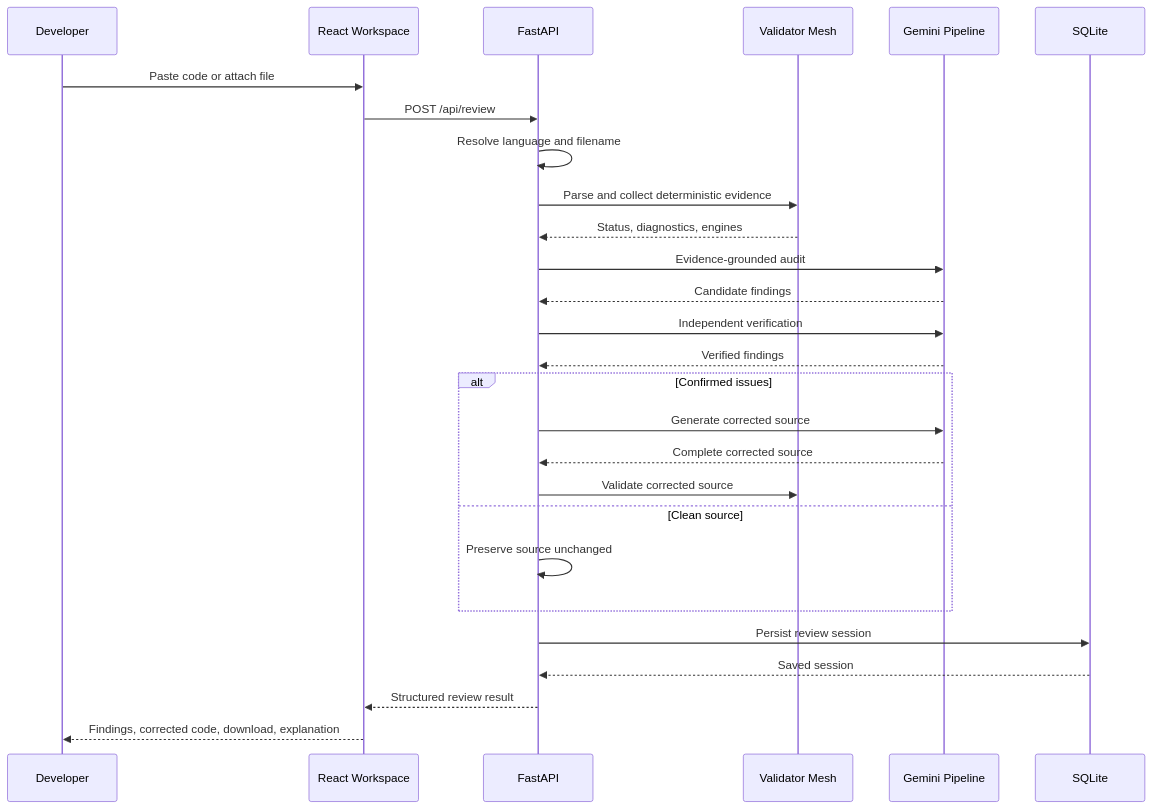
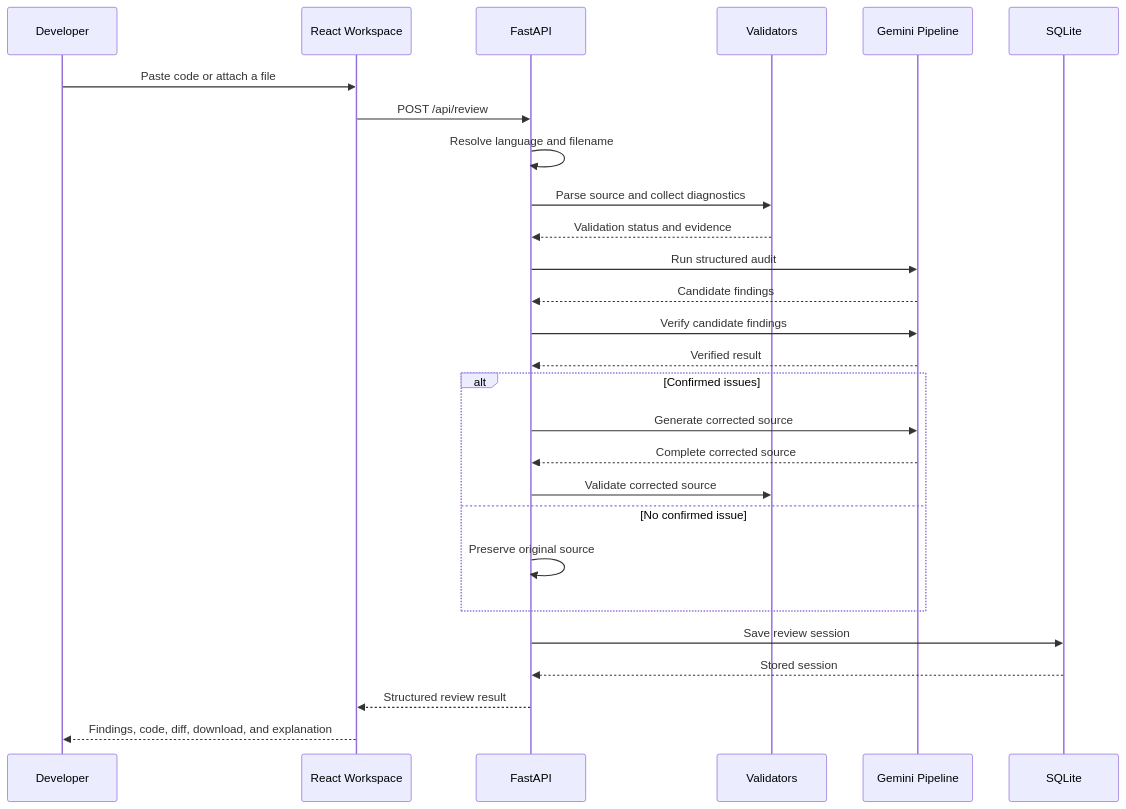
The second of 3 diagrams in DecodeLab-Intelligent Code Reviewer and Explainer/README.md (muhammadsaadjadoon/DecodeLabs-Internship), drawn with Mermaid before and after one commit. The commit also changed other lines of this file, not shown here.

````diff
--- a/DecodeLab-Intelligent Code Reviewer and Explainer/README.md
+++ b/DecodeLab-Intelligent Code Reviewer and Explainer/README.md
@@ -456,30 +500,30 @@
 ```mermaid
 sequenceDiagram
     participant Dev as Developer
     participant UI as React Workspace
     participant API as FastAPI
-    participant Val as Validator Mesh
+    participant Val as Validators
     participant AI as Gemini Pipeline
     participant DB as SQLite
 
-    Dev->>UI: Paste code or attach file
+    Dev->>UI: Paste code or attach a file
     UI->>API: POST /api/review
     API->>API: Resolve language and filename
-    API->>Val: Parse and collect deterministic evidence
-    Val-->>API: Status, diagnostics, engines
-    API->>AI: Evidence-grounded audit
+    API->>Val: Parse source and collect diagnostics
+    Val-->>API: Validation status and evidence
+    API->>AI: Run structured audit
     AI-->>API: Candidate findings
-    API->>AI: Independent verification
-    AI-->>API: Verified findings
+    API->>AI: Verify candidate findings
+    AI-->>API: Verified result
     alt Confirmed issues
         API->>AI: Generate corrected source
         AI-->>API: Complete corrected source
         API->>Val: Validate corrected source
-    else Clean source
-        API->>API: Preserve source unchanged
+    else No confirmed issue
+        API->>API: Preserve original source
     end
-    API->>DB: Persist review session
-    DB-->>API: Saved session
+    API->>DB: Save review session
+    DB-->>API: Stored session
     API-->>UI: Structured review result
-    UI-->>Dev: Findings, corrected code, download, explanation
+    UI-->>Dev: Findings, code, diff, download, and explanation
 ```
````
